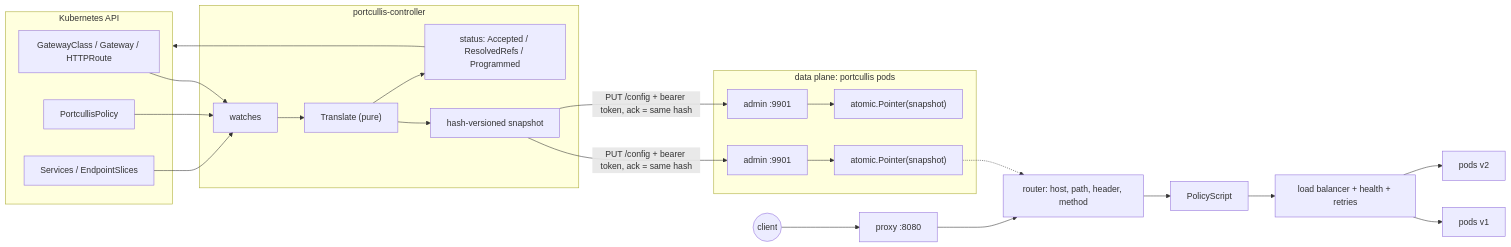
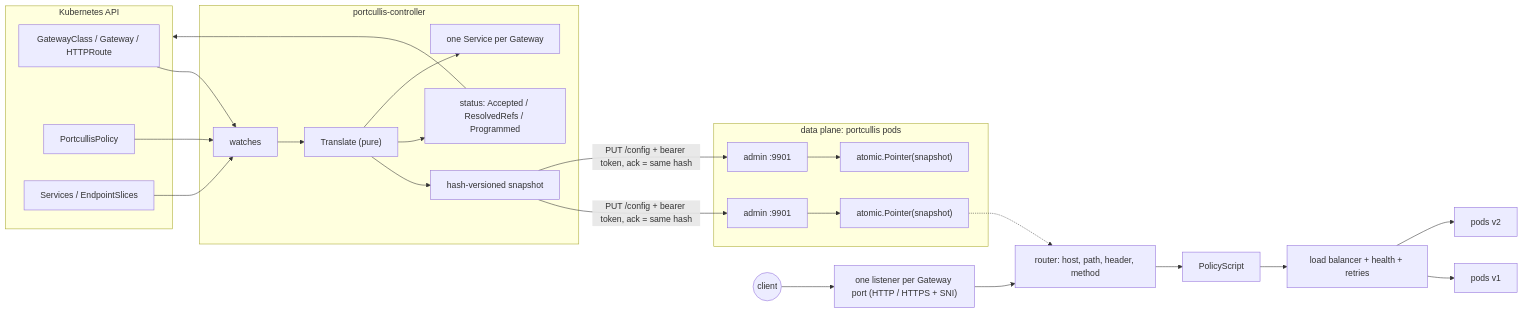
One commit to AaronRaj06/portcullis changed the diagram in README.md. Above: the diagram before and after it, drawn with Mermaid. The commit also changed other lines of this file and 45 other files, not shown here.

````diff
--- a/README.md
+++ b/README.md
@@ -28,23 +28,24 @@
 ```mermaid
 flowchart LR
   subgraph k8s[Kubernetes API]
     GW[GatewayClass / Gateway / HTTPRoute]
     PP[PortcullisPolicy]
     EPS[Services / EndpointSlices]
   end
   subgraph cp[portcullis-controller]
     W[watches] --> T["Translate (pure)"] --> S[hash-versioned snapshot]
     T --> ST[status: Accepted / ResolvedRefs / Programmed]
+    T --> SV[one Service per Gateway]
   end
   GW & PP & EPS --> W
   ST --> k8s
   S -- "PUT /config + bearer token, ack = same hash" --> A1 & A2
   subgraph dp[data plane: portcullis pods]
     A1[admin :9901] --> SN1["atomic.Pointer(snapshot)"]
     A2[admin :9901] --> SN2["atomic.Pointer(snapshot)"]
   end
-  C((client)) --> P[proxy :8080]
+  C((client)) --> P["one listener per Gateway port (HTTP / HTTPS + SNI)"]
   P --> R[router: host, path, header, method] --> POL[PolicyScript] --> LB[load balancer + health + retries]
   LB --> U1[pods v1] & U2[pods v2]
   SN1 -.-> R
 ```
````
